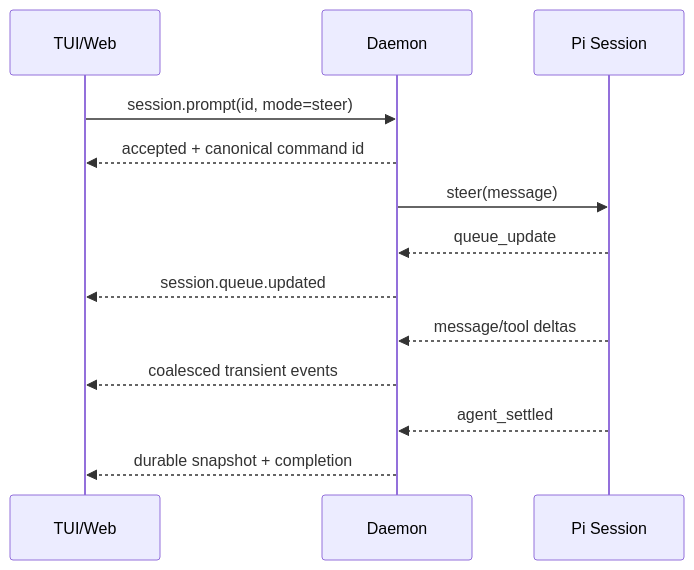
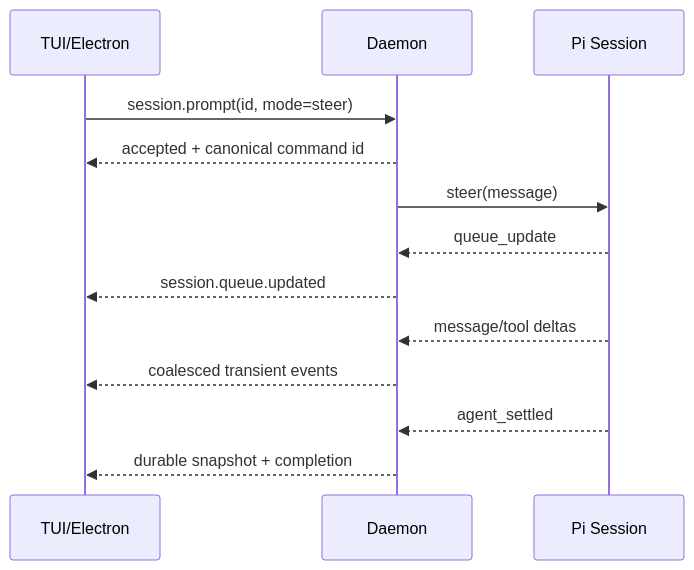
Before and after one commit to advnljs/pSpore: the third of 3 diagrams in docs/detailed-design.md, drawn with Mermaid. The commit also changed other lines of this file and 20 other files, not shown here.

````diff
--- a/docs/detailed-design.md
+++ b/docs/detailed-design.md
@@ -737,15 +738,15 @@
 ```mermaid
 sequenceDiagram
-    participant U as TUI/Web
+    participant U as TUI/Electron
     participant D as Daemon
     participant P as Pi Session
     U->>D: session.prompt(id, mode=steer)
     D-->>U: accepted + canonical command id
     D->>P: steer(message)
     P-->>D: queue_update
     D-->>U: session.queue.updated
     P-->>D: message/tool deltas
     D-->>U: coalesced transient events
     P-->>D: agent_settled
     D-->>U: durable snapshot + completion
 ```
````
